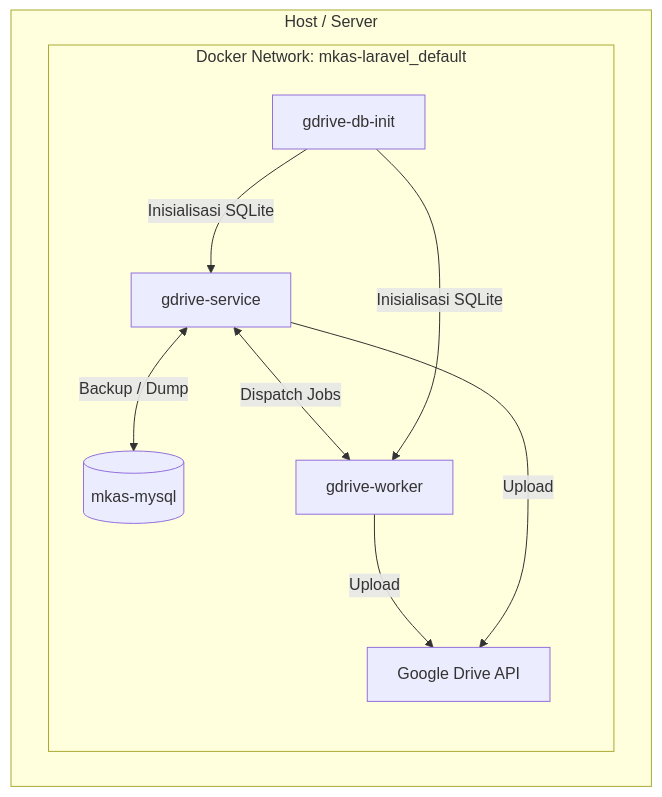
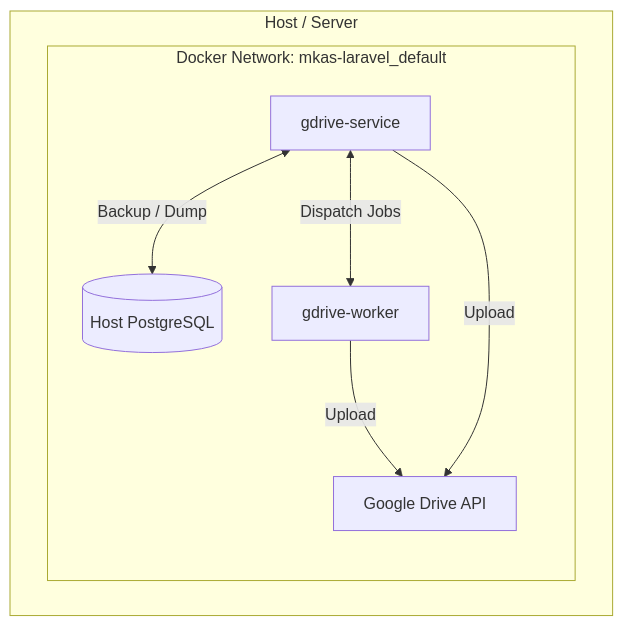
Before and after one commit to rijalrf/gdrive-laravel-projects: the diagram in README.md, drawn with Mermaid. The commit also changed other lines of this file and 8 other files, not shown here.

Commit message:
feat: migrate database from MySQL container to host-based PostgreSQL (WSL) and refactor Docker configuration

````diff
--- a/README.md
+++ b/README.md
@@ -13,13 +13,12 @@
 ```mermaid
 graph TD
     subgraph Host / Server
+        B[(Host PostgreSQL)]
         subgraph Docker Network: mkas-laravel_default
-            A[gdrive-service] <-->|Backup / Dump| B[(mkas-mysql)]
+            A[gdrive-service] <-->|Backup / Dump| B
             A <-->|Dispatch Jobs| C[gdrive-worker]
             C -->|Upload| D[Google Drive API]
             A -->|Upload| D
-            E[gdrive-db-init] -->|Inisialisasi SQLite| A
-            E -->|Inisialisasi SQLite| C
         end
     end
 ```
````
